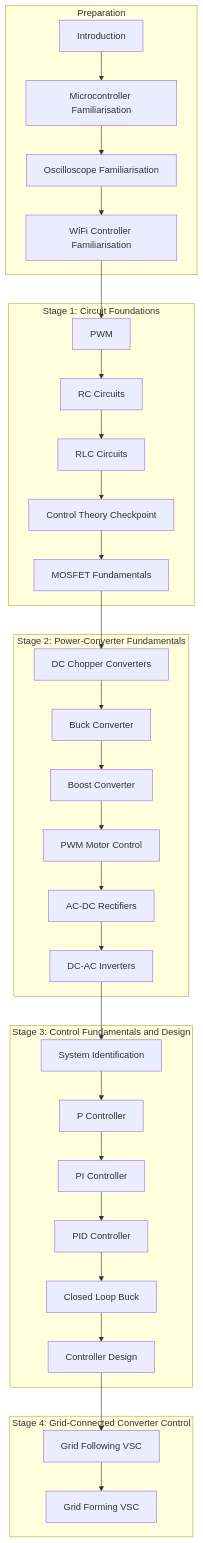
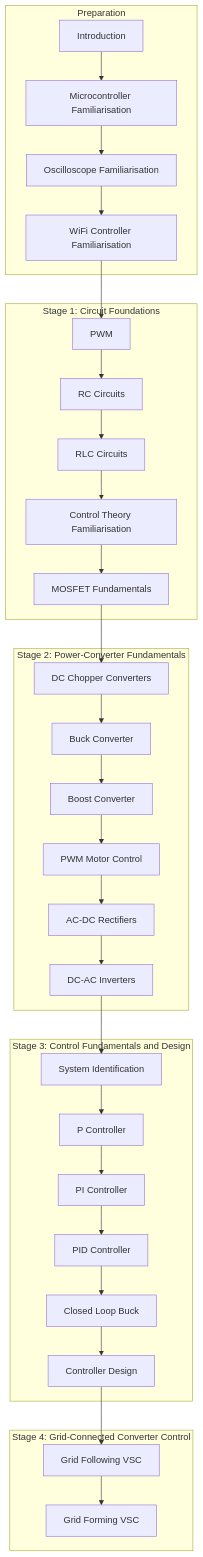
Before and after one commit to jaimetriv/power-electronics-and-control-training: the diagram in docs/index.md, drawn with Mermaid. The commit also changed other lines of this file and 3 other files, not shown here.

````diff
--- a/docs/index.md
+++ b/docs/index.md
@@ -91,58 +93,58 @@
 ```mermaid
 flowchart TD
 
 subgraph S0[Preparation]
 A[Introduction]
 --> A1[Microcontroller Familiarisation]
 
 A1 --> A2[Oscilloscope Familiarisation]
 
 A2 --> A3[WiFi Controller Familiarisation]
 end
 
 subgraph S1[Stage 1: Circuit Foundations]
 A3 --> B[PWM]
 
 B --> C[RC Circuits]
 
 C --> D[RLC Circuits]
 
-D --> CP[Control Theory Checkpoint]
+D --> CP[Control Theory Familiarisation]
 
 CP --> E[MOSFET Fundamentals]
 end
 
 subgraph S2[Stage 2: Power-Converter Fundamentals]
 E --> F[DC Chopper Converters]
 
 F --> G[Buck Converter]
 
 G --> H[Boost Converter]
 
 H --> I[PWM Motor Control]
 
 I --> J[AC-DC Rectifiers]
 
 J --> K[DC-AC Inverters]
 end
 
 subgraph S3[Stage 3: Control Fundamentals and Design]
 K --> L[System Identification]
 
 L --> M[P Controller]
 
 M --> N[PI Controller]
 
 N --> O[PID Controller]
 
 O --> P[Closed Loop Buck]
 
 P --> Q[Controller Design]
 end
 
 subgraph S4[Stage 4: Grid-Connected Converter Control]
 Q --> R[Grid Following VSC]
 
 R --> S[Grid Forming VSC]
 end
 ```
````
